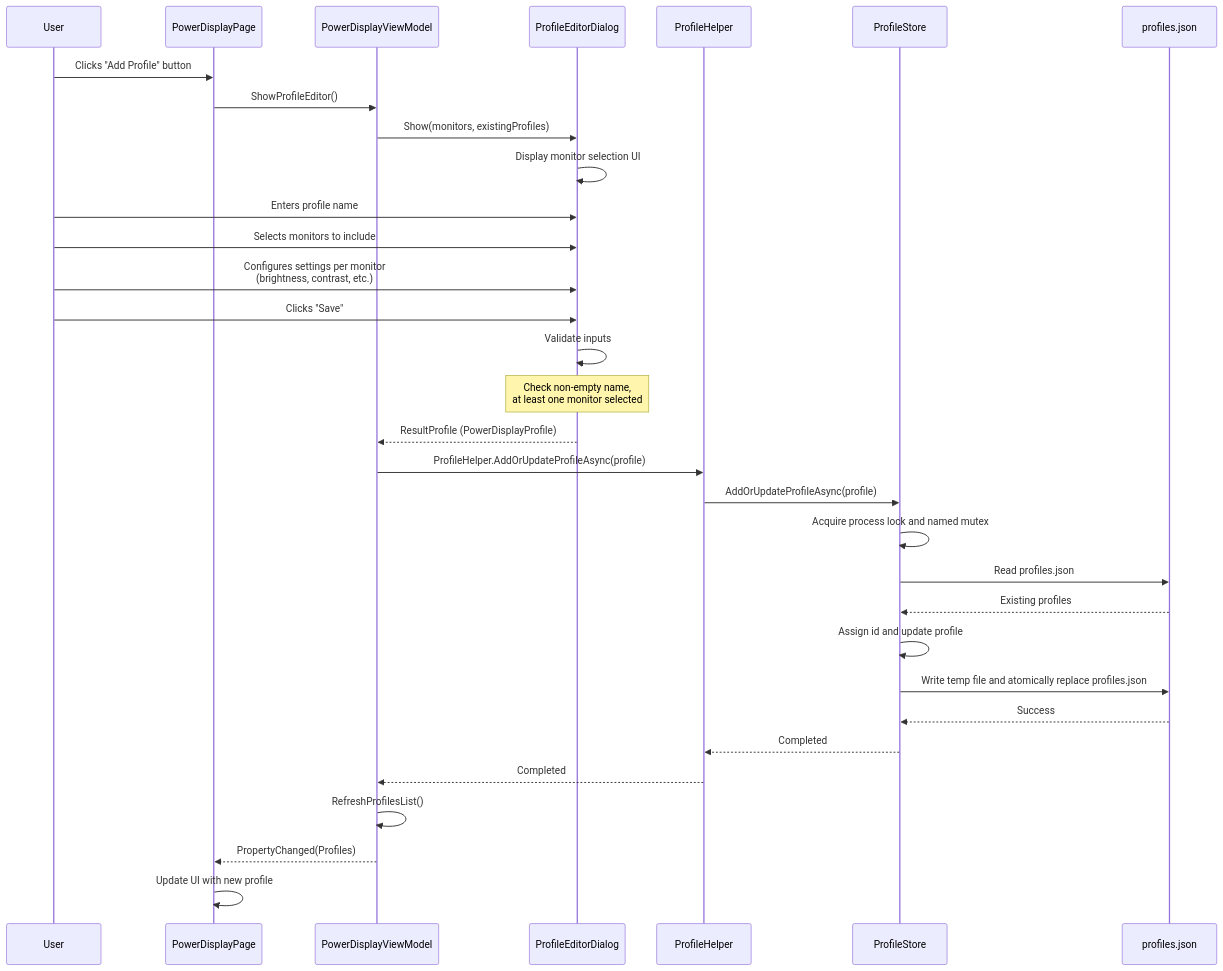
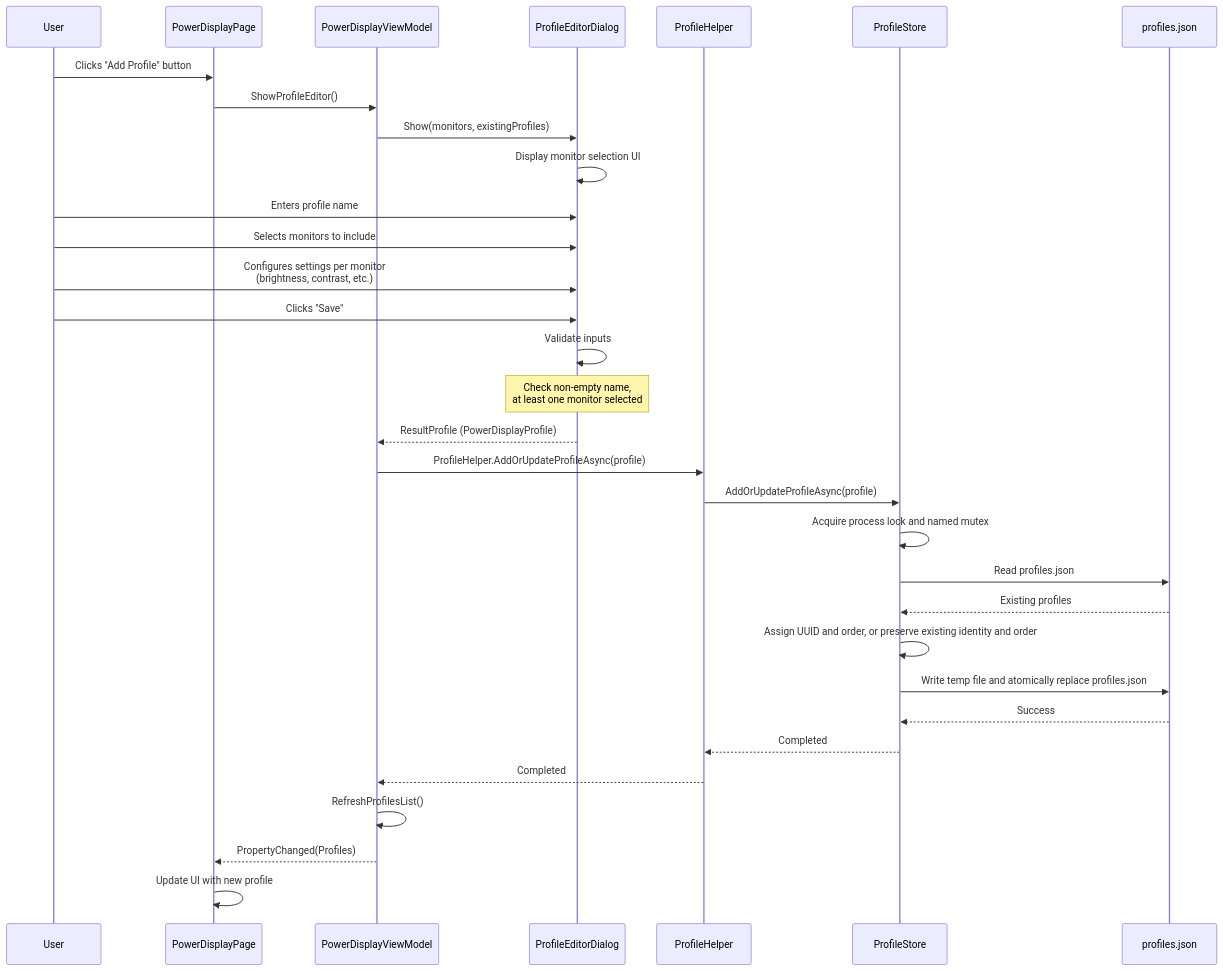
One commit to microsoft/PowerToys changed diagram 20 of 23 in doc/devdocs/modules/powerdisplay/design.md. Above: the diagram before and after it, drawn with Mermaid. The commit also changed other lines of this file and 54 other files, not shown here.

````diff
--- a/doc/devdocs/modules/powerdisplay/design.md
+++ b/doc/devdocs/modules/powerdisplay/design.md
@@ -1424,42 +1489,42 @@
 ```mermaid
 sequenceDiagram
     participant User
     participant SettingsPage as PowerDisplayPage
     participant ViewModel as PowerDisplayViewModel
     participant ProfileDialog as ProfileEditorDialog
     participant ProfileHelper
     participant ProfileStore
     participant FileSystem as profiles.json
 
     User->>SettingsPage: Clicks "Add Profile" button
     SettingsPage->>ViewModel: ShowProfileEditor()
 
     ViewModel->>ProfileDialog: Show(monitors, existingProfiles)
     ProfileDialog->>ProfileDialog: Display monitor selection UI
 
     User->>ProfileDialog: Enters profile name
     User->>ProfileDialog: Selects monitors to include
     User->>ProfileDialog: Configures settings per monitor<br/>(brightness, contrast, etc.)
     User->>ProfileDialog: Clicks "Save"
 
     ProfileDialog->>ProfileDialog: Validate inputs
     Note over ProfileDialog: Check non-empty name,<br/>at least one monitor selected
 
     ProfileDialog-->>ViewModel: ResultProfile (PowerDisplayProfile)
 
     ViewModel->>ProfileHelper: ProfileHelper.AddOrUpdateProfileAsync(profile)
     ProfileHelper->>ProfileStore: AddOrUpdateProfileAsync(profile)
 
     ProfileStore->>ProfileStore: Acquire process lock and named mutex
     ProfileStore->>FileSystem: Read profiles.json
     FileSystem-->>ProfileStore: Existing profiles
-    ProfileStore->>ProfileStore: Assign id and update profile
+    ProfileStore->>ProfileStore: Assign UUID and order, or preserve existing identity and order
     ProfileStore->>FileSystem: Write temp file and atomically replace profiles.json
     FileSystem-->>ProfileStore: Success
     ProfileStore-->>ProfileHelper: Completed
     ProfileHelper-->>ViewModel: Completed
 
     ViewModel->>ViewModel: RefreshProfilesList()
     ViewModel-->>SettingsPage: PropertyChanged(Profiles)
     SettingsPage->>SettingsPage: Update UI with new profile
 ```
````
